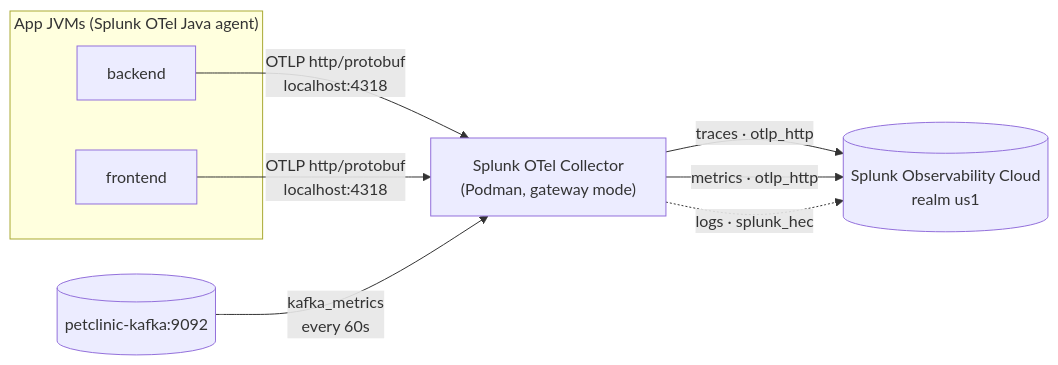
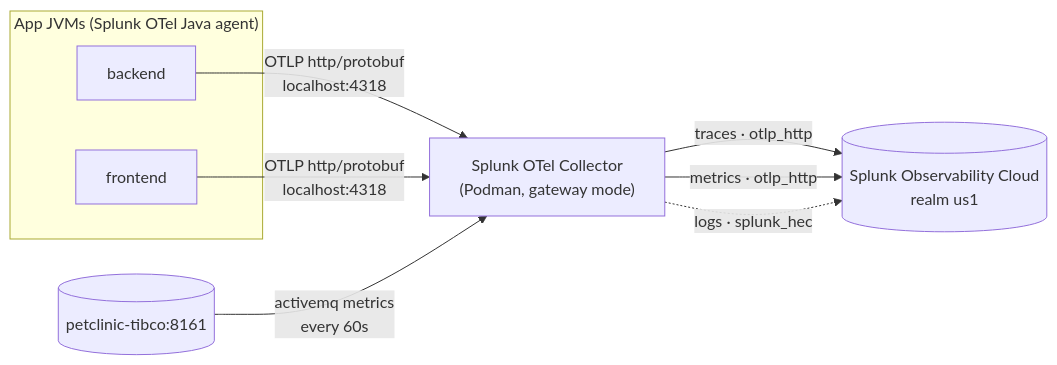
Before and after one commit to neechuan/spring3-petclinic-kafka-splunk-o11y: the second of 2 diagrams in README.md, drawn with Mermaid. The commit also changed other lines of this file and 28 other files, not shown here.

First line of the commit message:
Refactor PetClinic stack to use TIBCO EMS instead of Apache Kafka

````diff
--- a/README.md
+++ b/README.md
@@ -191,13 +190,13 @@
 ```mermaid
 flowchart LR
     subgraph JVMs["App JVMs (Splunk OTel Java agent)"]
         BE[backend]
         FE[frontend]
     end
     BE -->|"OTLP http/protobuf<br/>localhost:4318"| COL
     FE -->|"OTLP http/protobuf<br/>localhost:4318"| COL
-    Kafka[(petclinic-kafka:9092)] -->|"kafka_metrics<br/>every 60s"| COL
+    Tibco[(petclinic-tibco:8161)] -->|"activemq metrics<br/>every 60s"| COL
     COL["Splunk OTel Collector<br/>(Podman, gateway mode)"] -->|traces · otlp_http| Cloud[(Splunk Observability Cloud<br/>realm us1)]
     COL -->|metrics · otlp_http| Cloud
     COL -.->|logs · splunk_hec| Cloud
 ```
````
